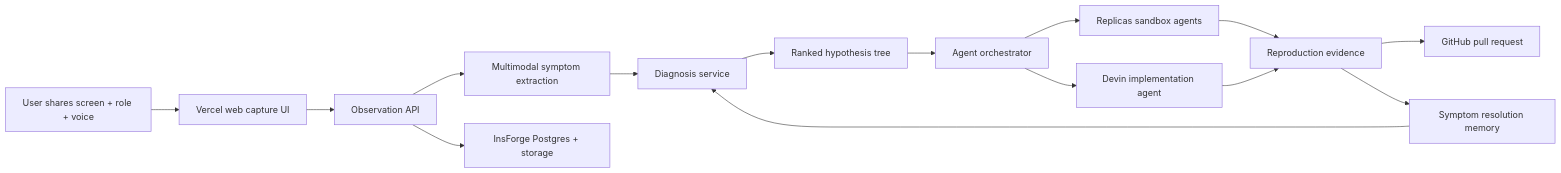
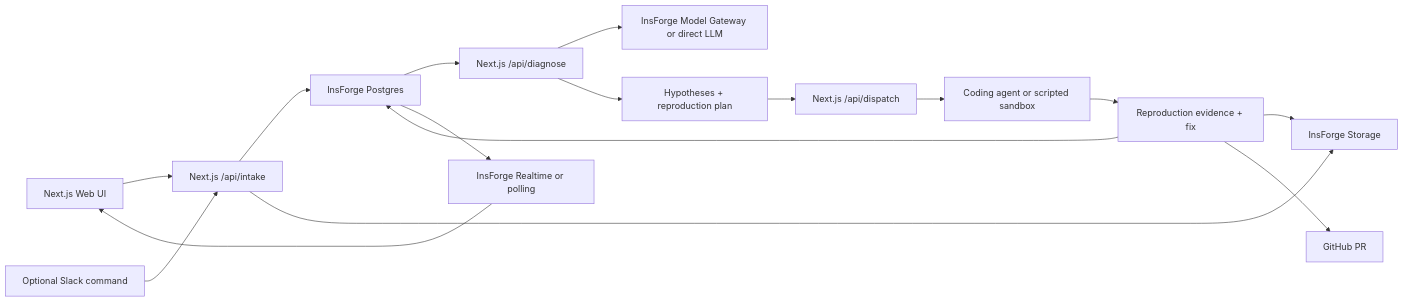
The diagram in TECHNICAL_DOCUMENT.md (yxshrk/electron), drawn with Mermaid before and after one commit. The commit also changed other lines of this file, not shown here.

Commit message:
Refine MVP architecture around Next.js and InsForge

````diff
--- a/TECHNICAL_DOCUMENT.md
+++ b/TECHNICAL_DOCUMENT.md
@@ -65,17 +100,18 @@
 ```mermaid
 flowchart LR
-    User["User shares screen + role + voice"] --> CaptureUI["Vercel web capture UI"]
-    CaptureUI --> ObservationAPI["Observation API"]
-    ObservationAPI --> Multimodal["Multimodal symptom extraction"]
-    ObservationAPI --> InsForgeDB["InsForge Postgres + storage"]
-    Multimodal --> Diagnosis["Diagnosis service"]
-    Diagnosis --> Hypotheses["Ranked hypothesis tree"]
-    Hypotheses --> Orchestrator["Agent orchestrator"]
-    Orchestrator --> Replicas["Replicas sandbox agents"]
-    Orchestrator --> Devin["Devin implementation agent"]
-    Replicas --> Evidence["Reproduction evidence"]
-    Devin --> Evidence
-    Evidence --> PR["GitHub pull request"]
-    Evidence --> Memory["Symptom resolution memory"]
-    Memory --> Diagnosis
+    WebUI["Next.js Web UI"] --> Intake["Next.js /api/intake"]
+    Slack["Optional Slack command"] --> Intake
+    Intake --> DB["InsForge Postgres"]
+    Intake --> Storage["InsForge Storage"]
+    DB --> Diagnose["Next.js /api/diagnose"]
+    Diagnose --> Model["InsForge Model Gateway or direct LLM"]
+    Diagnose --> Hypotheses["Hypotheses + reproduction plan"]
+    Hypotheses --> Dispatch["Next.js /api/dispatch"]
+    Dispatch --> Agent["Coding agent or scripted sandbox"]
+    Agent --> Evidence["Reproduction evidence + fix"]
+    Evidence --> DB
+    Evidence --> Storage
+    Evidence --> GitHub["GitHub PR"]
+    DB --> Realtime["InsForge Realtime or polling"]
+    Realtime --> WebUI
 ```
````
